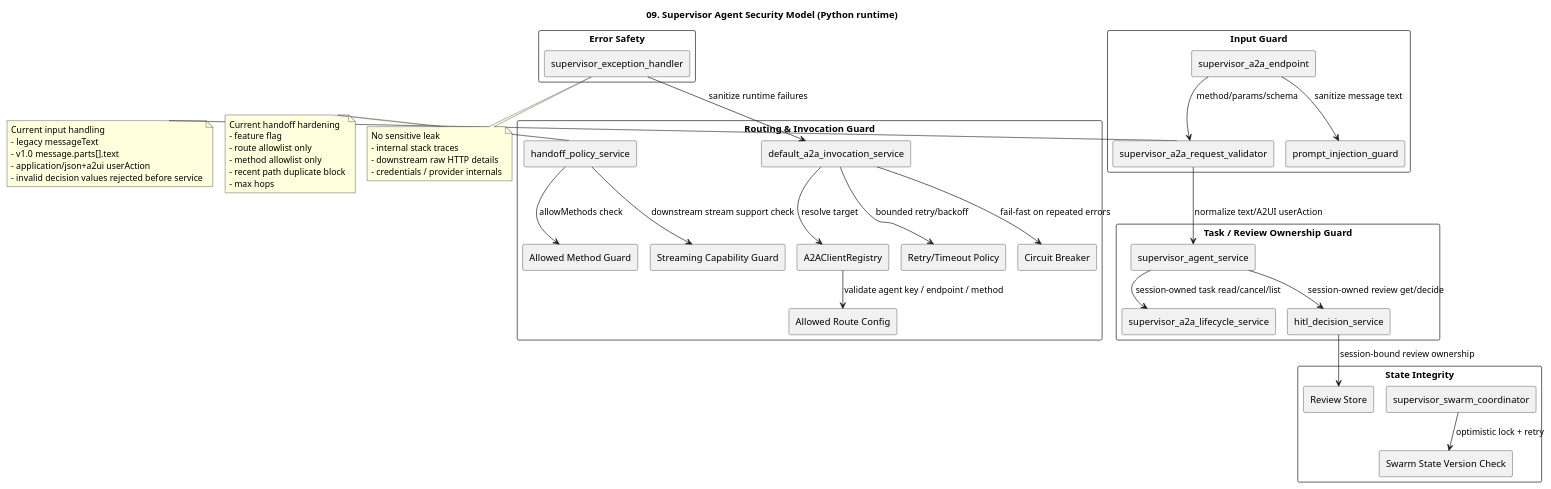
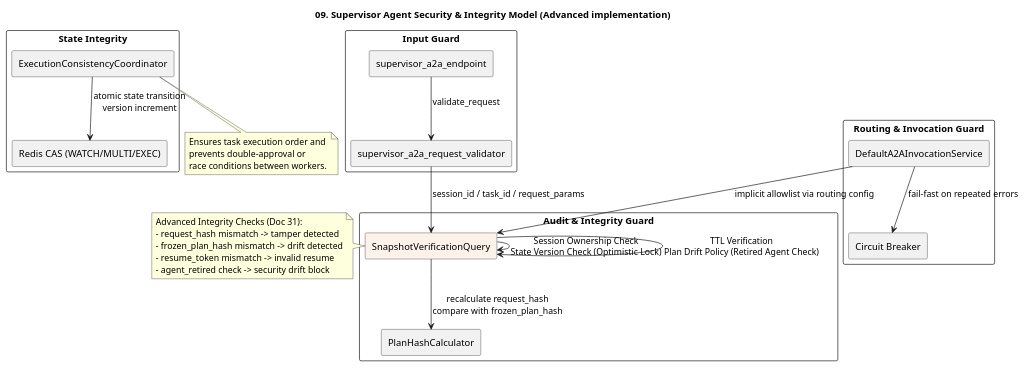
The diagram in a2a-host_agent-architecture/09-security-model.puml (kim57uak/smart-supervisor-sub-agent), drawn with PlantUML before and after one commit. The commit also changed 197 other files, not shown here.

```diff
--- a/a2a-host_agent-architecture/09-security-model.puml
+++ b/a2a-host_agent-architecture/09-security-model.puml
@@ -1,79 +1,53 @@
 @startuml
 !pragma layout smetana
-title 09. Supervisor Agent Security Model (Python runtime)
+title 09. Supervisor Agent Security & Integrity Model (Advanced implementation)
 
 skinparam shadowing false
 skinparam componentStyle rectangle
 
 rectangle "Input Guard" {
   [supervisor_a2a_endpoint] as Controller
   [supervisor_a2a_request_validator] as Validator
-  [prompt_injection_guard] as PromptGuard
 }
 
-rectangle "Task / Review Ownership Guard" {
-  [supervisor_agent_service] as Service
-  [supervisor_a2a_lifecycle_service] as Lifecycle
-  [hitl_decision_service] as HitlDecision
+rectangle "Audit & Integrity Guard" {
+  [SnapshotVerificationQuery] as Auditor #FDF2E9
+  [PlanHashCalculator] as HashGen
 }
 
 rectangle "Routing & Invocation Guard" {
-  [A2AClientRegistry] as Registry
-  [Allowed Route Config] as Allowlist
-  [default_a2a_invocation_service] as Invoker
-  [handoff_policy_service] as HandoffPolicy
-  [Allowed Method Guard] as MethodGuard
-  [Streaming Capability Guard] as StreamGuard
-  [Retry/Timeout Policy] as RetryTimeout
+  [DefaultA2AInvocationService] as Invoker
   [Circuit Breaker] as CircuitBreaker
 }
 
 rectangle "State Integrity" {
-  [supervisor_swarm_coordinator] as SwarmCoordinator
-  [Swarm State Version Check] as SwarmVersion
-  [Review Store] as ReviewStore
+  [ExecutionConsistencyCoordinator] as Consistency
+  [Redis CAS (WATCH/MULTI/EXEC)] as CAS
 }
 
-rectangle "Error Safety" {
-  [supervisor_exception_handler] as ErrorHandler
-}
+Controller --> Validator : validate_request
+Validator --> Auditor : session_id / task_id / request_params
 
-Controller --> Validator : method/params/schema
-Controller --> PromptGuard : sanitize message text
-Validator --> Service : normalize text/A2UI userAction
-Service --> Lifecycle : session-owned task read/cancel/list
-Service --> HitlDecision : session-owned review get/decide
-Invoker --> Registry : resolve target
-Registry --> Allowlist : validate agent key / endpoint / method
-Invoker --> RetryTimeout : bounded retry/backoff
+Auditor --> HashGen : recalculate request_hash\ncompare with frozen_plan_hash
+Auditor --> Auditor : Session Ownership Check\nState Version Check (Optimistic Lock)
+Auditor --> Auditor : TTL Verification\nPlan Drift Policy (Retired Agent Check)
+
 Invoker --> CircuitBreaker : fail-fast on repeated errors
-HandoffPolicy --> MethodGuard : allowMethods check
-HandoffPolicy --> StreamGuard : downstream stream support check
-SwarmCoordinator --> SwarmVersion : optimistic lock + retry
-HitlDecision --> ReviewStore : session-bound review ownership
-ErrorHandler --> Invoker : sanitize runtime failures
+Invoker --> Auditor : implicit allowlist via routing config
 
-note right of Validator
-Current input handling
-- legacy messageText
-- v1.0 message.parts[].text
-- application/json+a2ui userAction
-- invalid decision values rejected before service
+Consistency --> CAS : atomic state transition\nversion increment
+
+note right of Auditor
+Advanced Integrity Checks (Doc 31):
+- request_hash mismatch -> tamper detected
+- frozen_plan_hash mismatch -> drift detected
+- resume_token mismatch -> invalid resume
+- agent_retired check -> security drift block
 end note
 
-note right of HandoffPolicy
-Current handoff hardening
-- feature flag
-- route allowlist only
-- method allowlist only
-- recent path duplicate block
-- max hops
-end note
-
-note bottom of ErrorHandler
-No sensitive leak
-- internal stack traces
-- downstream raw HTTP details
-- credentials / provider internals
+note bottom of Consistency
+Ensures task execution order and 
+prevents double-approval or 
+race conditions between workers.
 end note
 @enduml
```
